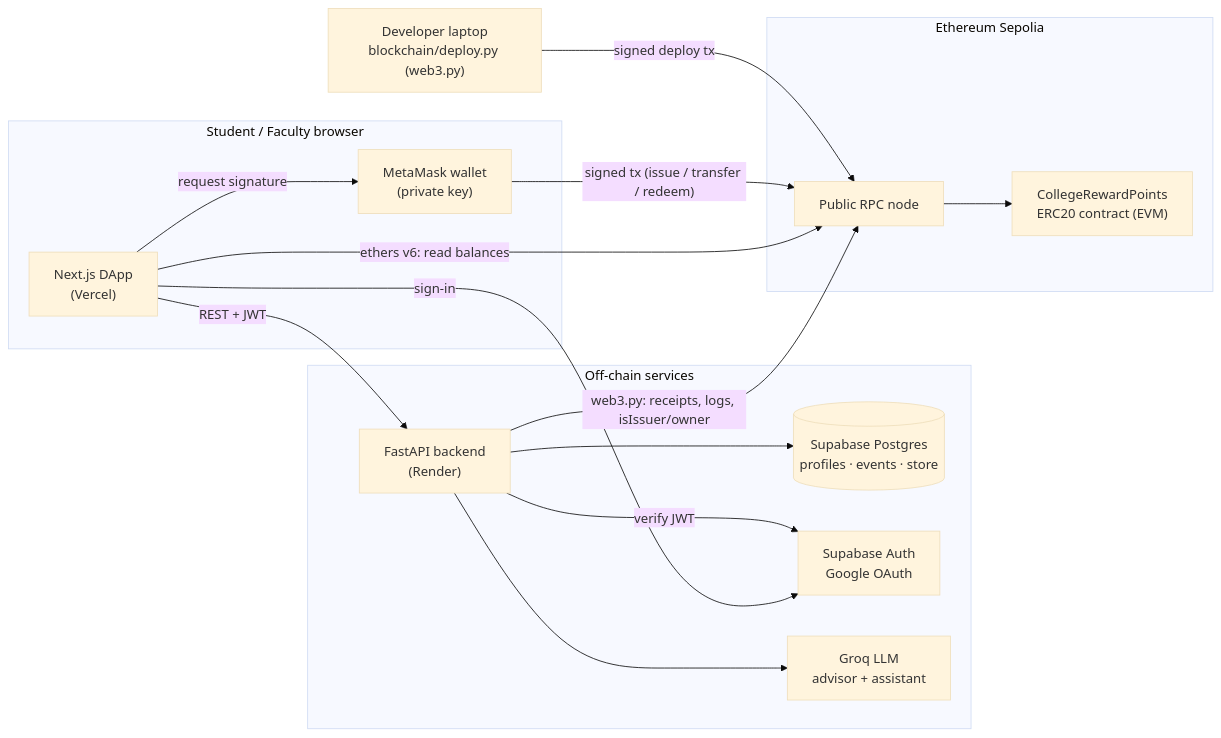
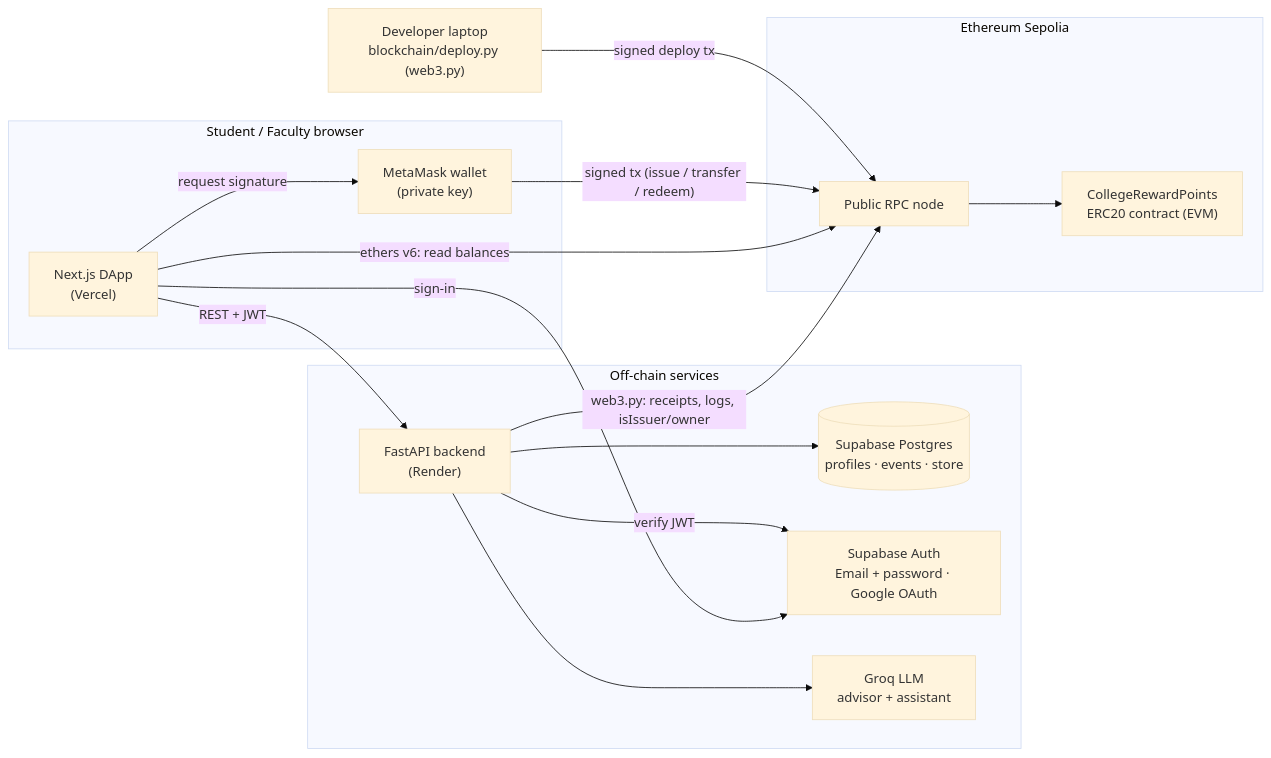
Before and after one commit to JACELL100/College_Reward_System: the diagram in README.md, drawn with Mermaid (base theme). The commit also changed other lines of this file and 17 other files, not shown here.

````diff
--- a/README.md
+++ b/README.md
@@ -44,32 +44,32 @@
 ```mermaid
 flowchart LR
     subgraph Browser["Student / Faculty browser"]
         UI["Next.js DApp<br/>(Vercel)"]
         MM["MetaMask wallet<br/>(private key)"]
     end
 
     subgraph Cloud["Off-chain services"]
         API["FastAPI backend<br/>(Render)"]
         DB[("Supabase Postgres<br/>profiles · events · store")]
-        AUTH["Supabase Auth<br/>Google OAuth"]
+        AUTH["Supabase Auth<br/>Email + password · Google OAuth"]
         AI["Groq LLM<br/>advisor + assistant"]
     end
 
     subgraph Eth["Ethereum Sepolia"]
         RPC["Public RPC node"]
         SC["CollegeRewardPoints<br/>ERC20 contract (EVM)"]
     end
 
     UI -- "sign-in" --> AUTH
     UI -- "REST + JWT" --> API
     UI -- "ethers v6: read balances" --> RPC
     UI -- "request signature" --> MM
     MM -- "signed tx (issue / transfer / redeem)" --> RPC
     RPC --> SC
     API -- "web3.py: receipts, logs, isIssuer/owner" --> RPC
     API --> DB
     API -- "verify JWT" --> AUTH
     API --> AI
 
     DEV["Developer laptop<br/>blockchain/deploy.py (web3.py)"] -- "signed deploy tx" --> RPC
 ```
````
